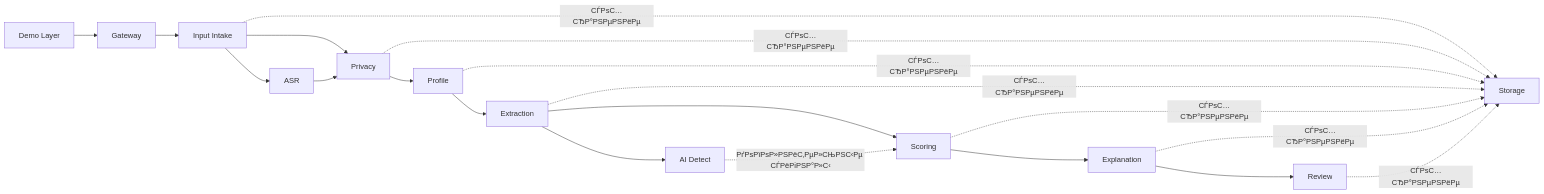
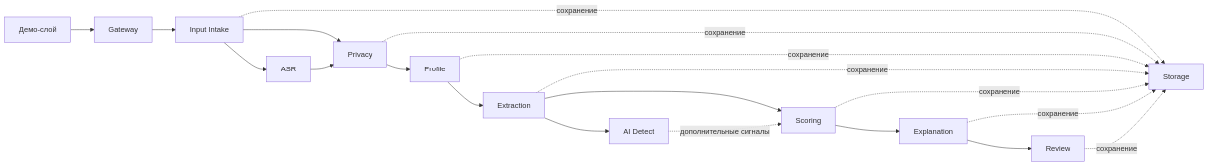
The diagram in docs/rus/MODULES.md (alenisaw/invision_u_Vi-Ka), drawn with Mermaid before and after one commit. The commit also changed other lines of this file and 3 other files, not shown here.

````diff
--- a/docs/rus/MODULES.md
+++ b/docs/rus/MODULES.md
@@ -33,36 +33,36 @@
 ```mermaid
 flowchart LR
     Gateway["Gateway"]
     Intake["Input Intake"]
     ASR["ASR"]
     Privacy["Privacy"]
     Profile["Profile"]
     Extraction["Extraction"]
     AIDetect["AI Detect"]
     Scoring["Scoring"]
     Explanation["Explanation"]
     Review["Review"]
     Storage["Storage"]
-    Demo["Demo Layer"]
+    Demo["Демо-слой"]
 
     Demo --> Gateway
     Gateway --> Intake
     Intake --> ASR
     Intake --> Privacy
     ASR --> Privacy
     Privacy --> Profile
     Profile --> Extraction
     Extraction --> AIDetect
     Extraction --> Scoring
-    AIDetect -. РґРѕРїРѕР»РЅРёС‚РµР»СЊРЅС‹Рµ СЃРёРіРЅР°Р»С‹ .-> Scoring
+    AIDetect -. дополнительные сигналы .-> Scoring
     Scoring --> Explanation
     Explanation --> Review
 
-    Intake -. СЃРѕС…СЂР°РЅРµРЅРёРµ .-> Storage
-    Privacy -. СЃРѕС…СЂР°РЅРµРЅРёРµ .-> Storage
-    Profile -. СЃРѕС…СЂР°РЅРµРЅРёРµ .-> Storage
-    Extraction -. СЃРѕС…СЂР°РЅРµРЅРёРµ .-> Storage
-    Scoring -. СЃРѕС…СЂР°РЅРµРЅРёРµ .-> Storage
-    Explanation -. СЃРѕС…СЂР°РЅРµРЅРёРµ .-> Storage
-    Review -. СЃРѕС…СЂР°РЅРµРЅРёРµ .-> Storage
+    Intake -. сохранение .-> Storage
+    Privacy -. сохранение .-> Storage
+    Profile -. сохранение .-> Storage
+    Extraction -. сохранение .-> Storage
+    Scoring -. сохранение .-> Storage
+    Explanation -. сохранение .-> Storage
+    Review -. сохранение .-> Storage
 ```
````
